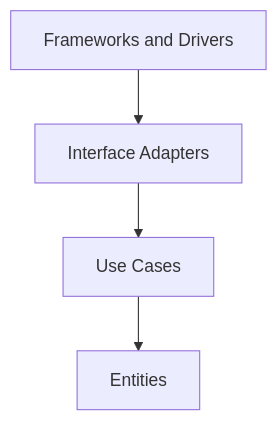
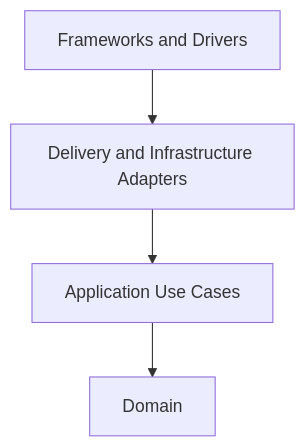
Before and after one commit to maple52046/swallow: the diagram in api-server/docs/development/architecture-spec.md, drawn with Mermaid. The commit also changed other lines of this file and 128 other files, not shown here.

````diff
--- a/api-server/docs/development/architecture-spec.md
+++ b/api-server/docs/development/architecture-spec.md
@@ -30,11 +37,11 @@
 ```mermaid
 flowchart TB
-    frameworkDriver["Frameworks and Drivers"]
-    interfaceAdapter["Interface Adapters"]
-    useCase["Use Cases"]
-    entity["Entities"]
+    drivers[Frameworks and Drivers]
+    adapters[Delivery and Infrastructure Adapters]
+    application[Application Use Cases]
+    domain[Domain]
 
-    frameworkDriver --> interfaceAdapter
-    interfaceAdapter --> useCase
-    useCase --> entity
+    drivers --> adapters
+    adapters --> application
+    application --> domain
 ```
````
